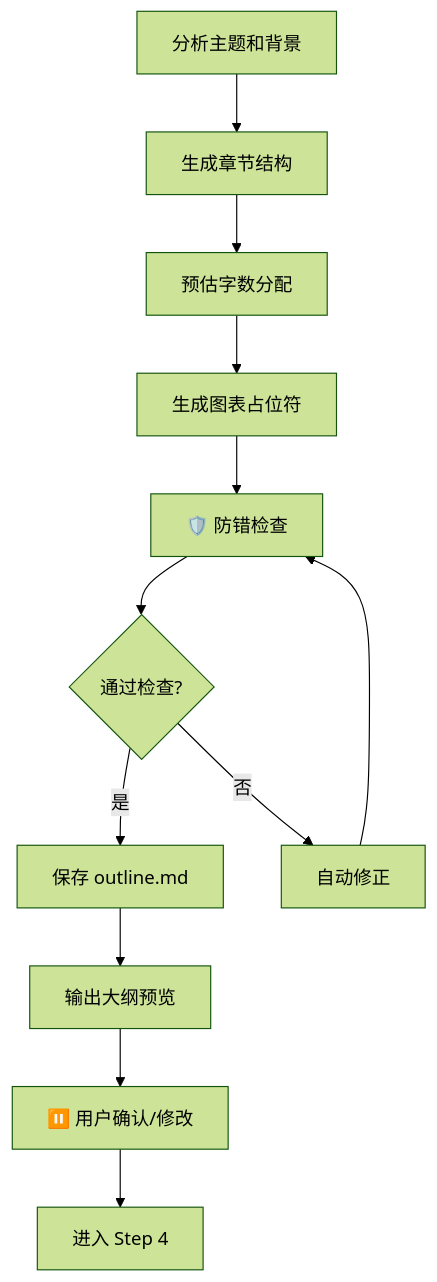
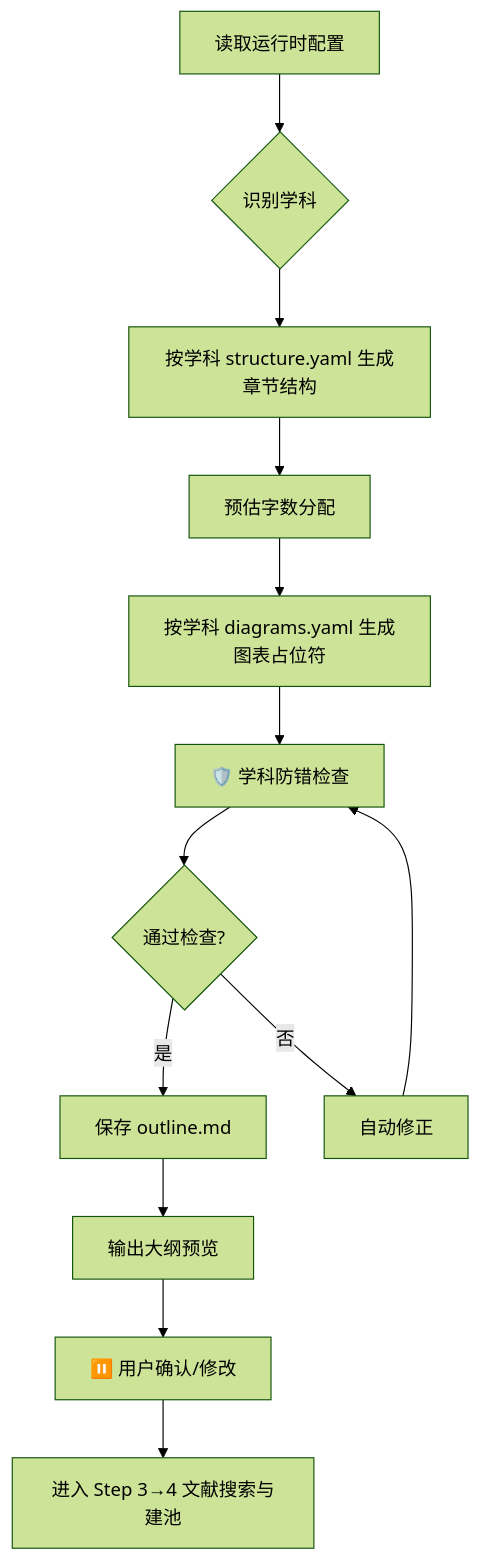
One commit to Stars-OC/thesis-creator changed the diagram in workflows/step_3_outline.md. Above: the diagram before and after it, drawn with Mermaid (forest theme). The commit also changed other lines of this file and 83 other files, not shown here.

First line of the commit message:
feat(beta): 多学科模板包系统 + 状态机产物对账 + 图片管线增强

````diff
--- a/workflows/step_3_outline.md
+++ b/workflows/step_3_outline.md
@@ -17,14 +17,15 @@
 ```mermaid
 flowchart TD
-    A[分析主题和背景] --> B[生成章节结构]
+    A[读取运行时配置] --> A1{识别学科}
+    A1 --> B[按学科 structure.yaml 生成章节结构]
     B --> C[预估字数分配]
-    C --> D[生成图表占位符]
-    D --> E[🛡️ 防错检查]
+    C --> D[按学科 diagrams.yaml 生成图表占位符]
+    D --> E["🛡️ 学科防错检查"]
     E --> F{通过检查?}
     F -->|是| G[保存 outline.md]
     F -->|否| H[自动修正]
     H --> E
     G --> I[输出大纲预览]
-    I --> J[⏸️ 用户确认/修改]
-    J --> K[进入 Step 4]
+    I --> J["⏸️ 用户确认/修改"]
+    J --> K[进入 Step 3→4 文献搜索与建池]
 ```
````
